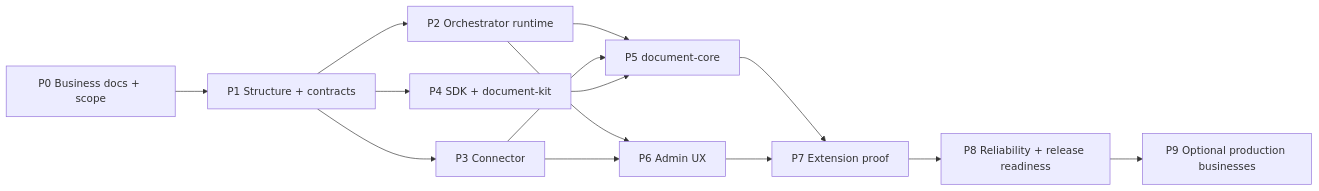
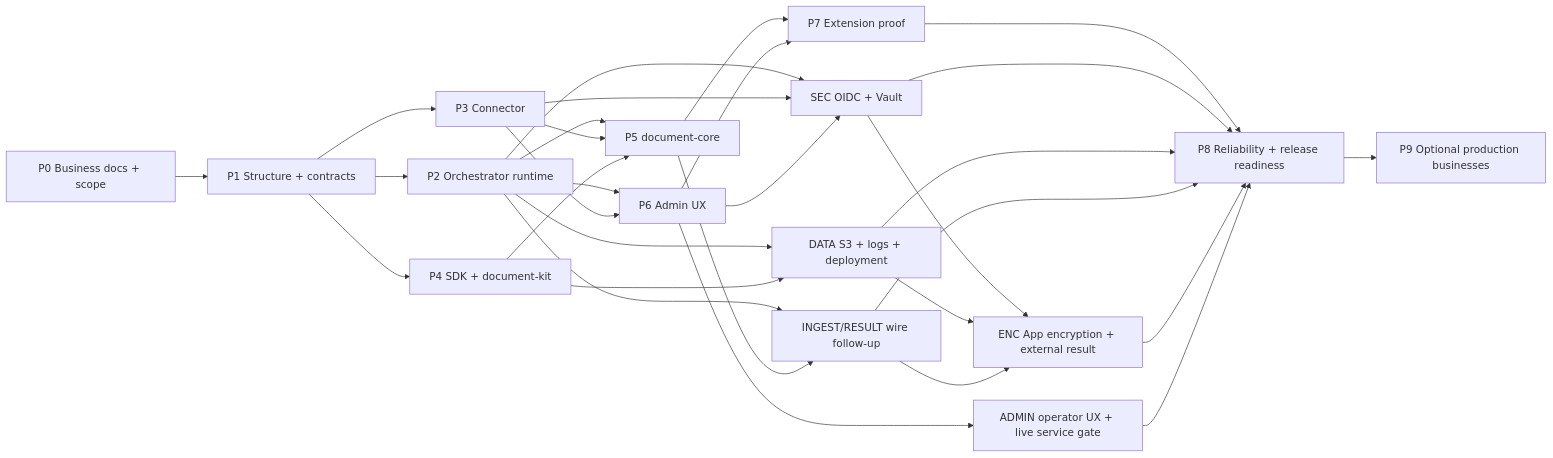
Before and after one commit to OrgGem/dugate: the diagram in du-rework/tasks/README.md, drawn with Mermaid. The commit also changed other lines of this file and 595 other files, not shown here.

````diff
--- a/du-rework/tasks/README.md
+++ b/du-rework/tasks/README.md
@@ -7,16 +40,32 @@
 ```mermaid
 flowchart LR
   P0[P0 Business docs + scope] --> P1[P1 Structure + contracts]
   P1 --> P2[P2 Orchestrator runtime]
   P1 --> P3[P3 Connector]
   P1 --> P4[P4 SDK + document-kit]
   P2 --> P5[P5 document-core]
   P3 --> P5
   P4 --> P5
   P2 --> P6[P6 Admin UX]
   P3 --> P6
+  P2 --> SEC[SEC OIDC + Vault]
+  P3 --> SEC
+  P6 --> SEC
+  P2 --> DATA[DATA S3 + logs + deployment]
+  P4 --> DATA
+  P2 --> WIRE[INGEST/RESULT wire follow-up]
+  P5 --> WIRE
   P5 --> P7[P7 Extension proof]
   P6 --> P7
+  P6 --> ADMIN[ADMIN operator UX + live service gate]
   P7 --> P8[P8 Reliability + release readiness]
+  SEC --> P8
+  DATA --> P8
+  SEC --> ENC[ENC App encryption + external result]
+  DATA --> ENC
+  WIRE --> ENC
+  WIRE --> P8
+  ENC --> P8
+  ADMIN --> P8
   P8 --> P9[P9 Optional production businesses]
 ```
````
